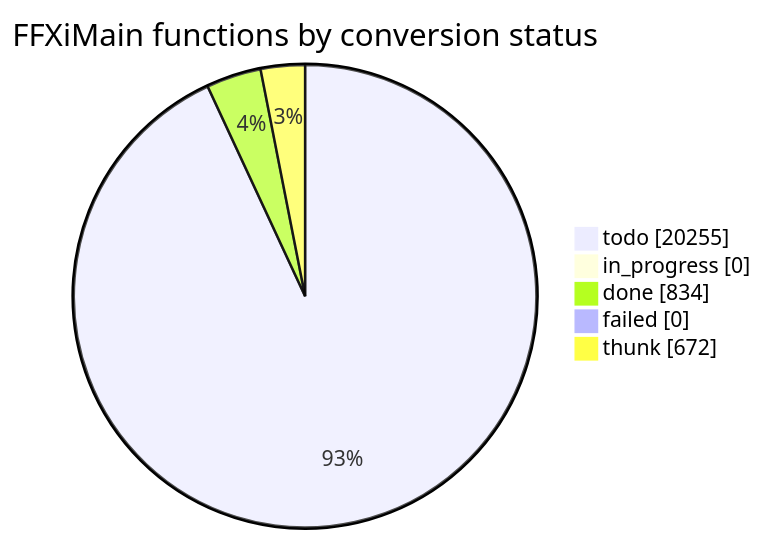
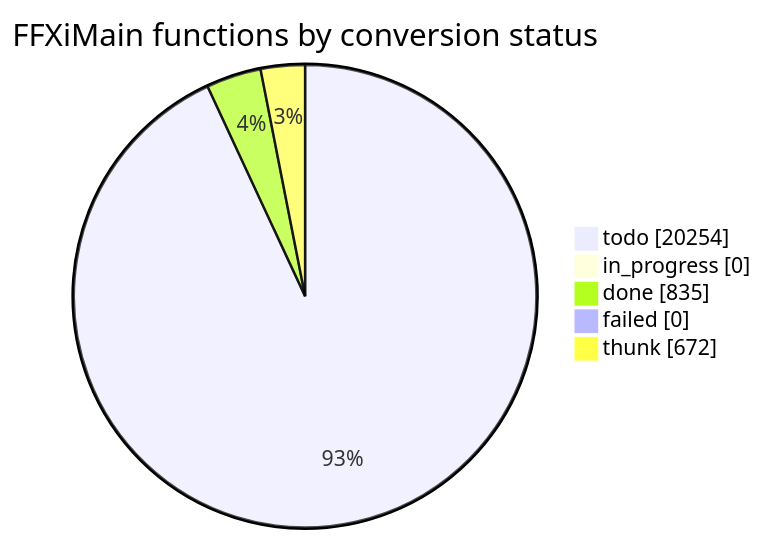
The diagram in docs/cow/STATUS.md (cowrevenge/cow_kuluu_xi_anything), drawn with Mermaid before and after one commit. The commit also changed other lines of this file and 9 other files, not shown here.

````diff
--- a/docs/cow/STATUS.md
+++ b/docs/cow/STATUS.md
@@ -18,9 +18,9 @@
 ```mermaid
 pie showData
     title FFXiMain functions by conversion status
-    "todo" : 20255
+    "todo" : 20254
     "in_progress" : 0
-    "done" : 834
+    "done" : 835
     "failed" : 0
     "thunk" : 672
 ```
````
